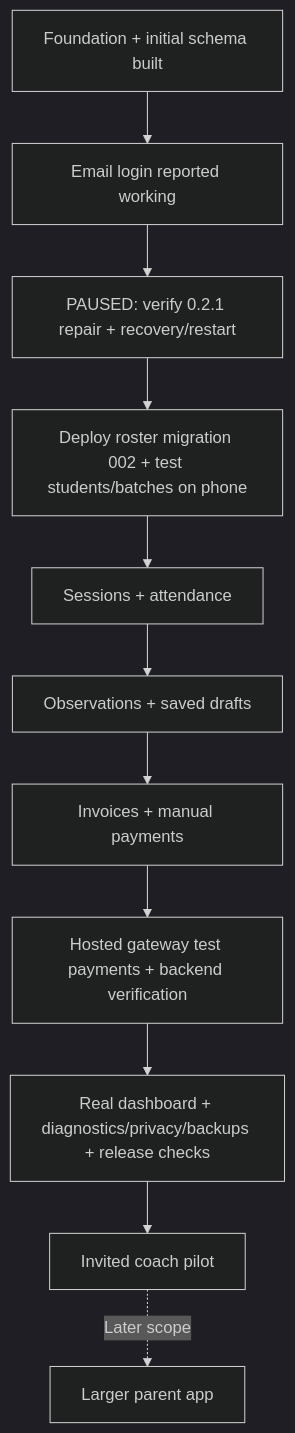
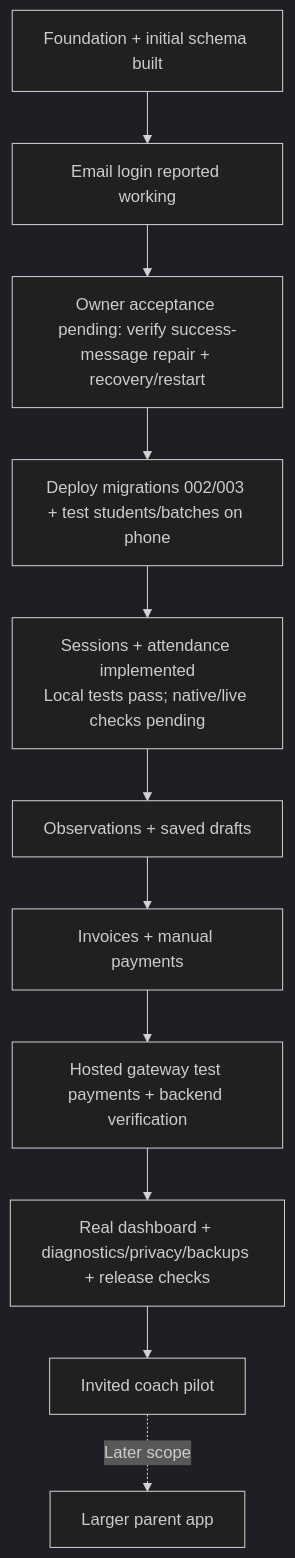
One commit to appsworld2027/Parent-plus- changed the diagram in PROGRESS.md. Above: the diagram before and after it, drawn with Mermaid (dark theme). The commit also changed other lines of this file and 34 other files, not shown here.

````diff
--- a/PROGRESS.md
+++ b/PROGRESS.md
@@ -31,13 +31,13 @@
 ```mermaid
 flowchart TD
   A["Foundation + initial schema built"] --> B["Email login reported working"]
-  B --> C["PAUSED: verify 0.2.1 repair + recovery/restart"]
-  C --> D["Deploy roster migration 002 + test students/batches on phone"]
-  D --> E["Sessions + attendance"]
+  B --> C["Owner acceptance pending: verify success-message repair + recovery/restart"]
+  C --> D["Deploy migrations 002/003 + test students/batches on phone"]
+  D --> E["Sessions + attendance implemented<br/>Local tests pass; native/live checks pending"]
   E --> F["Observations + saved drafts"]
   F --> G["Invoices + manual payments"]
   G --> H["Hosted gateway test payments + backend verification"]
   H --> I["Real dashboard + diagnostics/privacy/backups + release checks"]
   I --> J["Invited coach pilot"]
   J -. "Later scope" .-> K["Larger parent app"]
 ```
````
